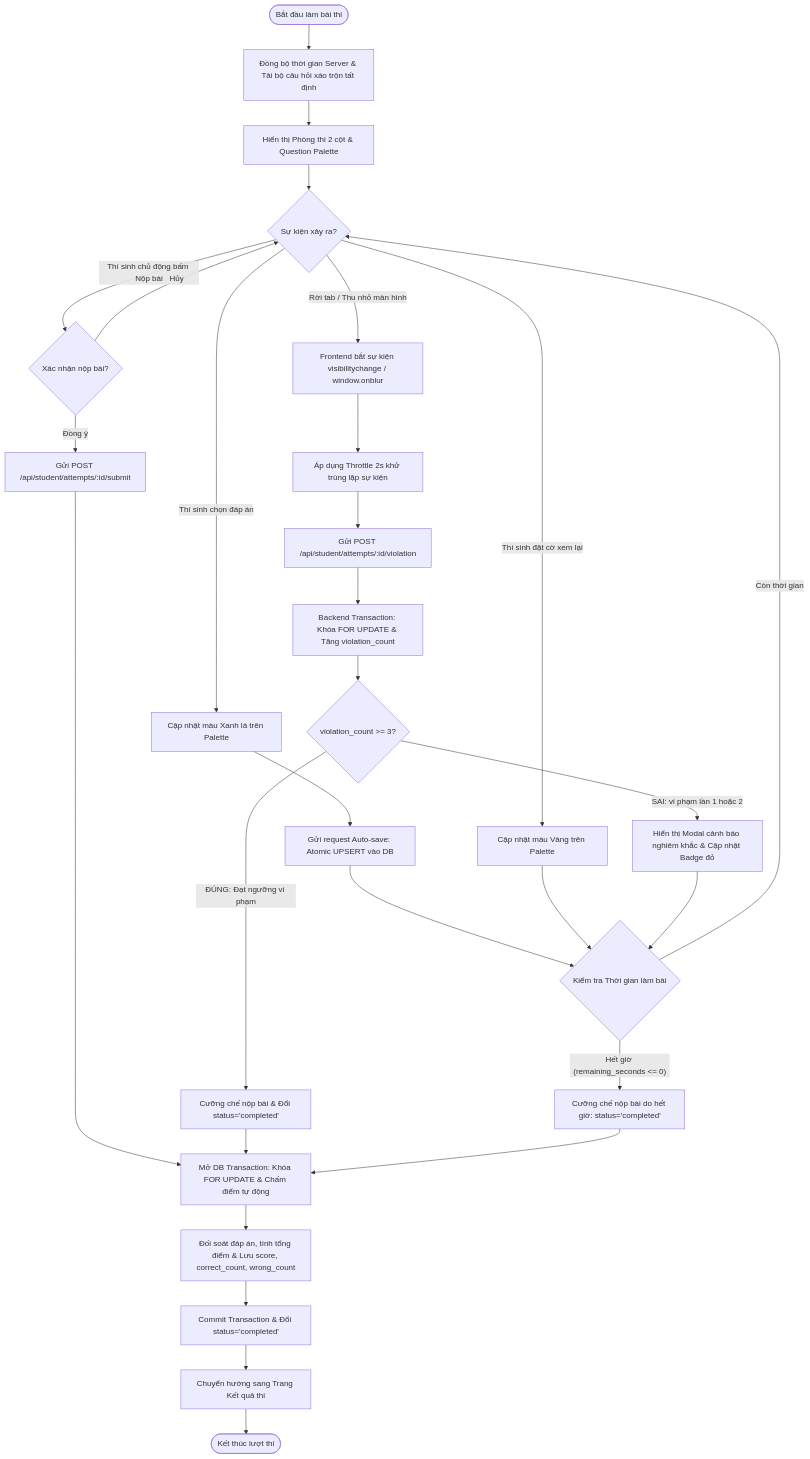
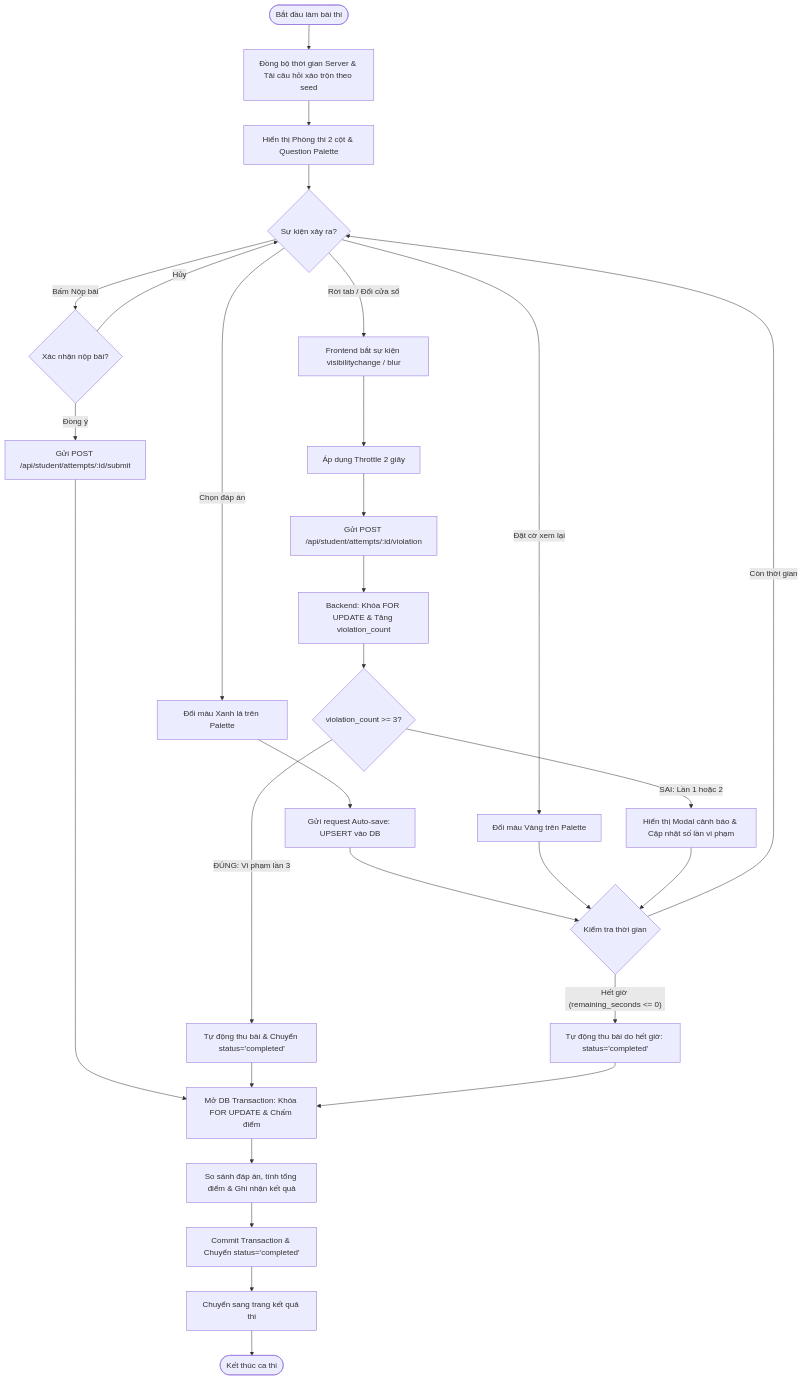
Before and after one commit to NguenDung/exam-system-mvp: the third of 8 diagrams in ARCHITECTURE_AND_REPORT.md, drawn with Mermaid. The commit also changed other lines of this file and 22 other files, not shown here.

````diff
--- a/ARCHITECTURE_AND_REPORT.md
+++ b/ARCHITECTURE_AND_REPORT.md
@@ -431,40 +429,40 @@
 ```mermaid
 flowchart TD
-    Start([Bắt đầu làm bài thi]) --> InitExam[Đồng bộ thời gian Server & Tải bộ câu hỏi xáo trộn tất định]
+    Start([Bắt đầu làm bài thi]) --> InitExam[Đồng bộ thời gian Server & Tải câu hỏi xáo trộn theo seed]
     InitExam --> DisplayExam[Hiển thị Phòng thi 2 cột & Question Palette]
 
     DisplayExam --> EventWait{Sự kiện xảy ra?}
 
-    EventWait -- "Thí sinh chọn đáp án" --> SaveAnswer[Cập nhật màu Xanh lá trên Palette]
-    SaveAnswer --> AutoSave[Gửi request Auto-save: Atomic UPSERT vào DB]
+    EventWait -- "Chọn đáp án" --> SaveAnswer[Đổi màu Xanh lá trên Palette]
+    SaveAnswer --> AutoSave[Gửi request Auto-save: UPSERT vào DB]
     AutoSave --> CheckTimer
 
-    EventWait -- "Thí sinh đặt cờ xem lại" --> FlagQuestion[Cập nhật màu Vàng trên Palette]
+    EventWait -- "Đặt cờ xem lại" --> FlagQuestion[Đổi màu Vàng trên Palette]
     FlagQuestion --> CheckTimer
 
-    EventWait -- "Rời tab / Thu nhỏ màn hình" --> DetectTab[Frontend bắt sự kiện visibilitychange / window.onblur]
-    DetectTab --> Throttle[Áp dụng Throttle 2s khử trùng lặp sự kiện]
+    EventWait -- "Rời tab / Đổi cửa sổ" --> DetectTab[Frontend bắt sự kiện visibilitychange / blur]
+    DetectTab --> Throttle[Áp dụng Throttle 2 giây]
     Throttle --> CallViolationAPI["Gửi POST /api/student/attempts/:id/violation"]
-    CallViolationAPI --> DBUpdateViolation["Backend Transaction: Khóa FOR UPDATE & Tăng violation_count"]
+    CallViolationAPI --> DBUpdateViolation["Backend: Khóa FOR UPDATE & Tăng violation_count"]
     
     DBUpdateViolation --> CheckViolation{"violation_count >= 3?"}
-    CheckViolation -- "ĐÚNG: Đạt ngưỡng vi phạm" --> AutoSubmitViolation["Cưỡng chế nộp bài & Đổi status='completed'"]
-    CheckViolation -- "SAI: vi phạm lần 1 hoặc 2" --> ShowWarningModal["Hiển thị Modal cảnh báo nghiêm khắc & Cập nhật Badge đỏ"]
+    CheckViolation -- "ĐÚNG: Vi phạm lần 3" --> AutoSubmitViolation["Tự động thu bài & Chuyển status='completed'"]
+    CheckViolation -- "SAI: Lần 1 hoặc 2" --> ShowWarningModal["Hiển thị Modal cảnh báo & Cập nhật số lần vi phạm"]
     ShowWarningModal --> CheckTimer
 
-    CheckTimer{"Kiểm tra Thời gian làm bài"} -- "Còn thời gian" --> EventWait
-    CheckTimer -- "Hết giờ (remaining_seconds <= 0)" --> AutoSubmitTimeout["Cưỡng chế nộp bài do hết giờ: status='completed'"]
+    CheckTimer{"Kiểm tra thời gian"} -- "Còn thời gian" --> EventWait
+    CheckTimer -- "Hết giờ (remaining_seconds <= 0)" --> AutoSubmitTimeout["Tự động thu bài do hết giờ: status='completed'"]
 
-    EventWait -- "Thí sinh chủ động bấm Nộp bài" --> ConfirmSubmit{Xác nhận nộp bài?}
+    EventWait -- "Bấm Nộp bài" --> ConfirmSubmit{Xác nhận nộp bài?}
     ConfirmSubmit -- "Hủy" --> EventWait
     ConfirmSubmit -- "Đồng ý" --> ManualSubmit["Gửi POST /api/student/attempts/:id/submit"]
 
-    ManualSubmit --> GradeTx["Mở DB Transaction: Khóa FOR UPDATE & Chấm điểm tự động"]
+    ManualSubmit --> GradeTx["Mở DB Transaction: Khóa FOR UPDATE & Chấm điểm"]
     AutoSubmitViolation --> GradeTx
     AutoSubmitTimeout --> GradeTx
 
-    GradeTx --> CalcScore["Đối soát đáp án, tính tổng điểm & Lưu score, correct_count, wrong_count"]
-    CalcScore --> CommitTx["Commit Transaction & Đổi status='completed'"]
-    CommitTx --> RedirectResult[Chuyển hướng sang Trang Kết quả thi]
-    RedirectResult --> End([Kết thúc lượt thi])
+    GradeTx --> CalcScore["So sánh đáp án, tính tổng điểm & Ghi nhận kết quả"]
+    CalcScore --> CommitTx["Commit Transaction & Chuyển status='completed'"]
+    CommitTx --> RedirectResult[Chuyển sang trang kết quả thi]
+    RedirectResult --> End([Kết thúc ca thi])
 ```
````
